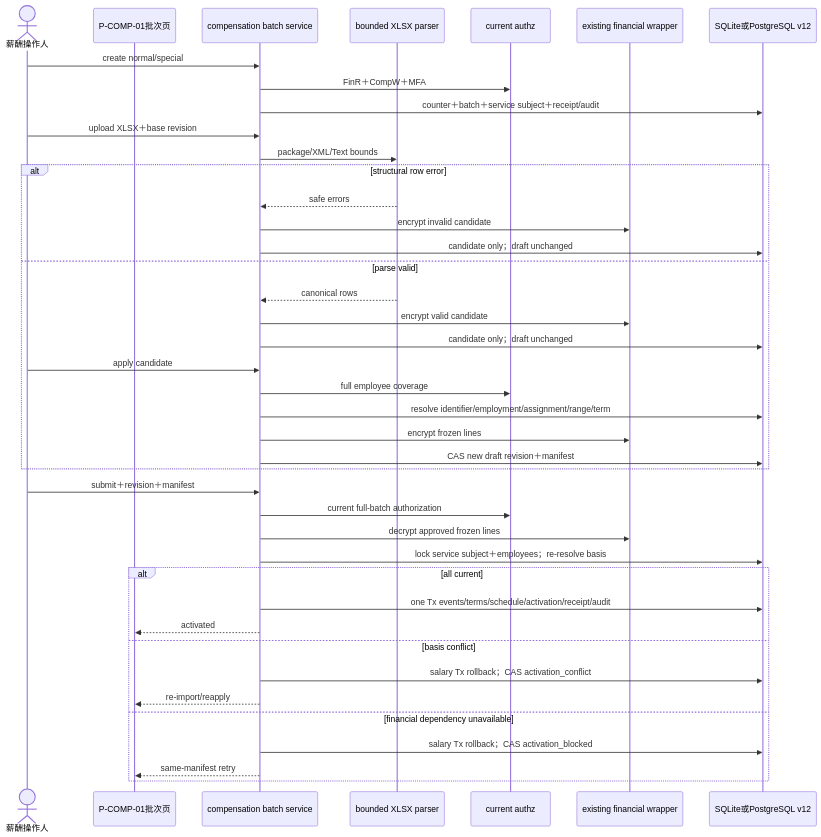
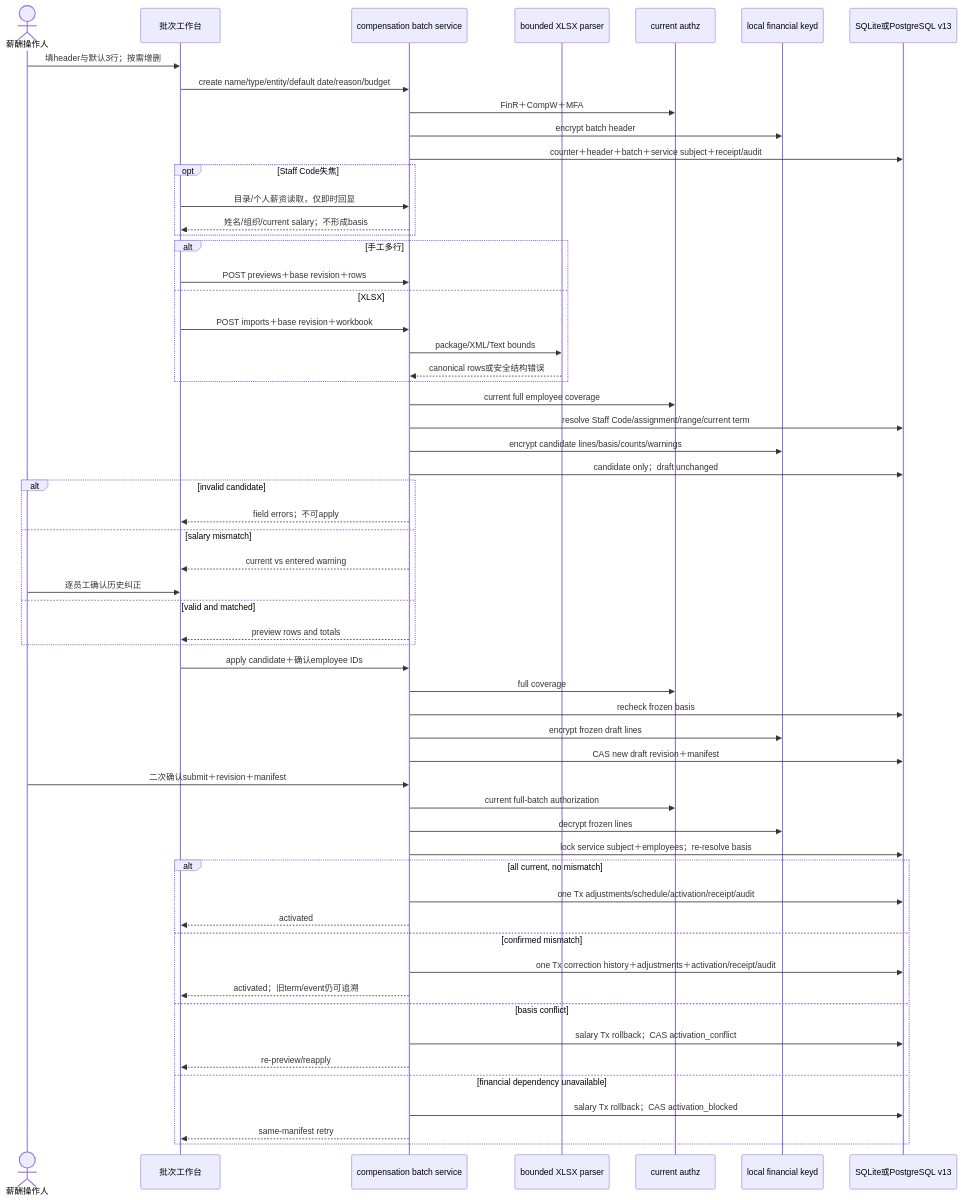
One commit to r404r/team-ledger-pub changed the eighth of 14 diagrams in docs/TECHNICAL_SPEC.md. Above: the diagram before and after it, drawn with Mermaid. The commit also changed other lines of this file and 6 other files, not shown here.

````diff
--- a/docs/TECHNICAL_SPEC.md
+++ b/docs/TECHNICAL_SPEC.md
@@ -828,43 +832,60 @@
 ```mermaid
 sequenceDiagram
     actor U as 薪酬操作人
-    participant UI as P-COMP-01批次页
+    participant UI as 批次工作台
     participant S as compensation batch service
     participant X as bounded XLSX parser
     participant AZ as current authz
-    participant K as existing financial wrapper
-    participant DB as SQLite或PostgreSQL v12
-    U->>S: create normal/special
+    participant K as local financial keyd
+    participant DB as SQLite或PostgreSQL v13
+    U->>UI: 填header与默认3行；按需增删
+    UI->>S: create name/type/entity/default date/reason/budget
     S->>AZ: FinR＋CompW＋MFA
-    S->>DB: counter＋batch＋service subject＋receipt/audit
-    U->>S: upload XLSX＋base revision
-    S->>X: package/XML/Text bounds
-    alt structural row error
-        X-->>S: safe errors
-        S->>K: encrypt invalid candidate
-        S->>DB: candidate only；draft unchanged
-    else parse valid
-        X-->>S: canonical rows
-        S->>K: encrypt valid candidate
-        S->>DB: candidate only；draft unchanged
-        U->>S: apply candidate
-        S->>AZ: full employee coverage
-        S->>DB: resolve identifier/employment/assignment/range/term
-        S->>K: encrypt frozen lines
-        S->>DB: CAS new draft revision＋manifest
+    S->>K: encrypt batch header
+    S->>DB: counter＋header＋batch＋service subject＋receipt/audit
+    opt Staff Code失焦
+        UI->>S: 目录/个人薪资读取，仅即时回显
+        S-->>UI: 姓名/组织/current salary；不形成basis
     end
-    U->>S: submit＋revision＋manifest
+    alt 手工多行
+        UI->>S: POST previews＋base revision＋rows
+    else XLSX
+        UI->>S: POST imports＋base revision＋workbook
+        S->>X: package/XML/Text bounds
+        X-->>S: canonical rows或安全结构错误
+    end
+    S->>AZ: current full employee coverage
+    S->>DB: resolve Staff Code/assignment/range/current term
+    S->>K: encrypt candidate lines/basis/counts/warnings
+    S->>DB: candidate only；draft unchanged
+    alt invalid candidate
+        S-->>UI: field errors；不可apply
+    else salary mismatch
+        S-->>UI: current vs entered warning
+        U->>UI: 逐员工确认历史纠正
+    else valid and matched
+        S-->>UI: preview rows and totals
+    end
+    UI->>S: apply candidate＋确认employee IDs
+    S->>AZ: full coverage
+    S->>DB: recheck frozen basis
+    S->>K: encrypt frozen draft lines
+    S->>DB: CAS new draft revision＋manifest
+    U->>S: 二次确认submit＋revision＋manifest
     S->>AZ: current full-batch authorization
-    S->>K: decrypt approved frozen lines
+    S->>K: decrypt frozen lines
     S->>DB: lock service subject＋employees；re-resolve basis
-    alt all current
-        S->>DB: one Tx events/terms/schedule/activation/receipt/audit
+    alt all current, no mismatch
+        S->>DB: one Tx adjustments/schedule/activation/receipt/audit
         S-->>UI: activated
+    else confirmed mismatch
+        S->>DB: one Tx correction history＋adjustments＋activation/receipt/audit
+        S-->>UI: activated；旧term/event仍可追溯
     else basis conflict
         S->>DB: salary Tx rollback；CAS activation_conflict
-        S-->>UI: re-import/reapply
+        S-->>UI: re-preview/reapply
     else financial dependency unavailable
         S->>DB: salary Tx rollback；CAS activation_blocked
         S-->>UI: same-manifest retry
     end
 ```
````
